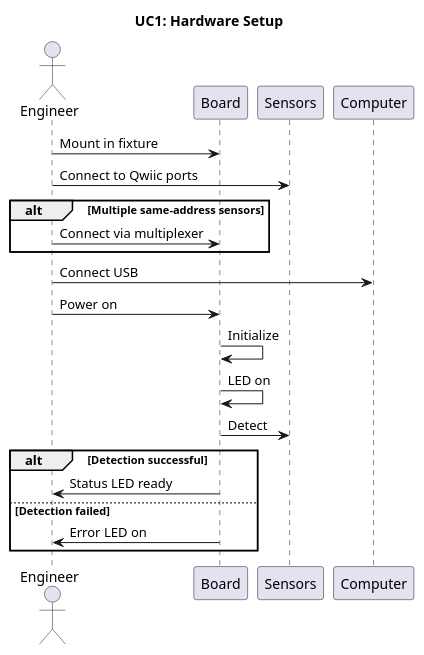
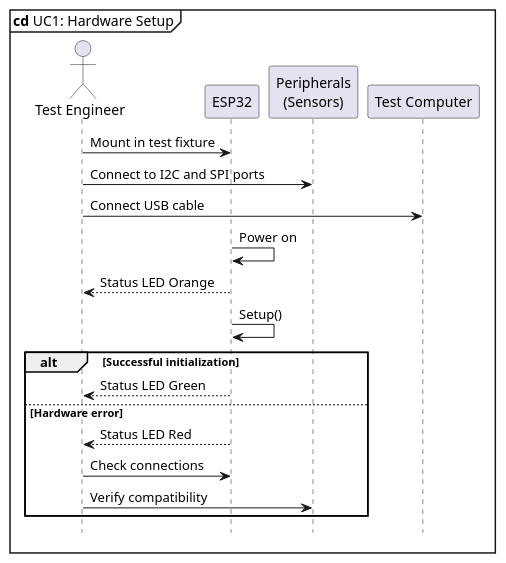
Before and after one commit to GabeAvenia/Environmental-Monitor-ESP32: the diagram in Sequence Diagrams/UC1 Hardware Setup.puml, drawn with PlantUML. The commit also changed 18 other files, not shown here.

Commit message:
Allow string in Additional config. Created system component diagrams.

```diff
--- a/Sequence Diagrams/UC1 Hardware Setup.puml
+++ b/Sequence Diagrams/UC1 Hardware Setup.puml
@@ -1,28 +1,25 @@
 @startuml
-title UC1: Hardware Setup
+hide footbox
+mainframe **cd** UC1: Hardware Setup
 
-actor Engineer
-participant Board
-participant Sensors
-participant Computer
+actor "Test Engineer" as Engineer
+participant "ESP32" as Board
+participant "Peripherals\n(Sensors)" as Peripherals
+participant "Test Computer" as Computer
 
-Engineer -> Board: Mount in fixture
-Engineer -> Sensors: Connect to Qwiic ports
+Engineer -> Board: Mount in test fixture
+Engineer -> Peripherals: Connect to I2C and SPI ports
+Engineer -> Computer: Connect USB cable
+Board -> Board: Power on
+Board --> Engineer: Status LED Orange
 
-alt Multiple same-address sensors
-    Engineer -> Board: Connect via multiplexer
+Board -> Board: Setup()
+alt Successful initialization
+    Board --> Engineer: Status LED Green
+else Hardware error
+    Board --> Engineer: Status LED Red
+    Engineer -> Board: Check connections
+    Engineer -> Peripherals: Verify compatibility
 end
 
-Engineer -> Computer: Connect USB
-Engineer -> Board: Power on
-
-Board -> Board: Initialize
-Board -> Board: LED on
-Board -> Sensors: Detect
-
-alt Detection successful
-    Board -> Engineer: Status LED ready
-else Detection failed
-    Board -> Engineer: Error LED on
-end
 @enduml
```
